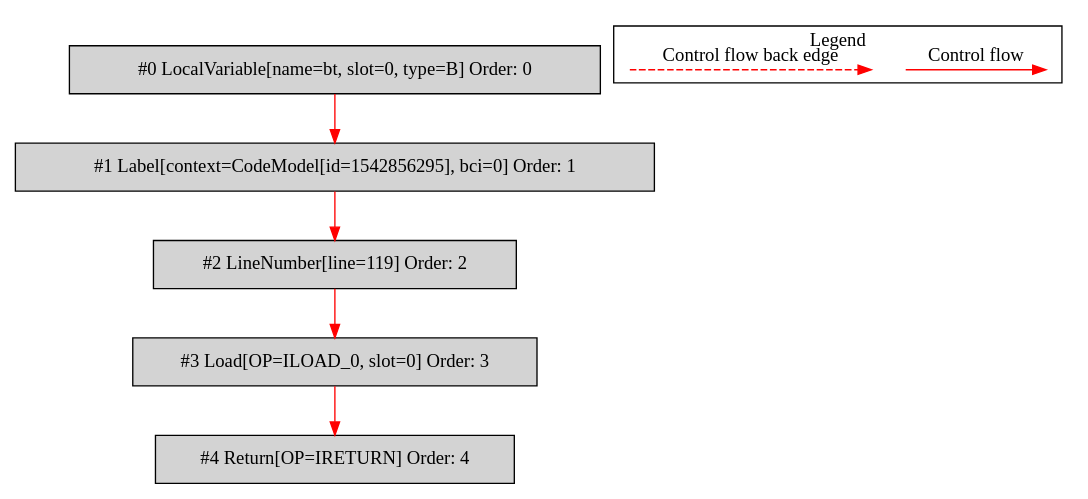
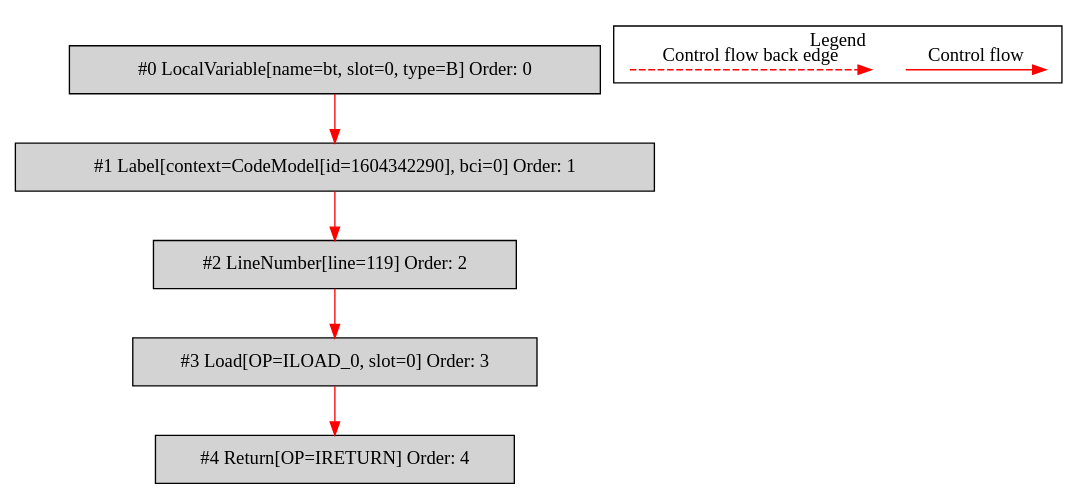
One commit to mirkosertic/MetaIR changed the diagram in de.mirkosertic.metair.ir.examples.MethodInvokeTest/staticReturnByte/bytecodecfg.dot. Above: the diagram before and after it, drawn with Graphviz. The commit also changed 1234 other files, not shown here.

```diff
--- a/de.mirkosertic.metair.ir.examples.MethodInvokeTest/staticReturnByte/bytecodecfg.dot
+++ b/de.mirkosertic.metair.ir.examples.MethodInvokeTest/staticReturnByte/bytecodecfg.dot
@@ -1,26 +1,26 @@
 digraph {
  ordering="in";
  node0[label="#0 LocalVariable[name=bt, slot=0, type=B] Order: 0", shape=box, fillcolor=lightgrey, style=filled];
- node1[label="#1 Label[context=CodeModel[id=1542856295], bci=0] Order: 1", shape=box, fillcolor=lightgrey, style=filled];
+ node1[label="#1 Label[context=CodeModel[id=1604342290], bci=0] Order: 1", shape=box, fillcolor=lightgrey, style=filled];
  node2[label="#2 LineNumber[line=119] Order: 2", shape=box, fillcolor=lightgrey, style=filled];
  node3[label="#3 Load[OP=ILOAD_0, slot=0] Order: 3", shape=box, fillcolor=lightgrey, style=filled];
  node4[label="#4 Return[OP=IRETURN] Order: 4", shape=box, fillcolor=lightgrey, style=filled];
  node0 -> node1[color=red];
  node1 -> node2[color=red];
  node2 -> node3[color=red];
  node3 -> node4[color=red];
  subgraph cluster_000 {
   label = "Legend";
   node [shape=point]
   {
    rank=same;
    c0 [style = invis];
    c1 [style = invis];
    c2 [style = invis];
    c3 [style = invis];
   }
   c0 -> c1 [label="Control flow", style=solid, color=red]
   c2 -> c3 [label="Control flow back edge", style=dashed, color=red]
  }
 
 }
```
